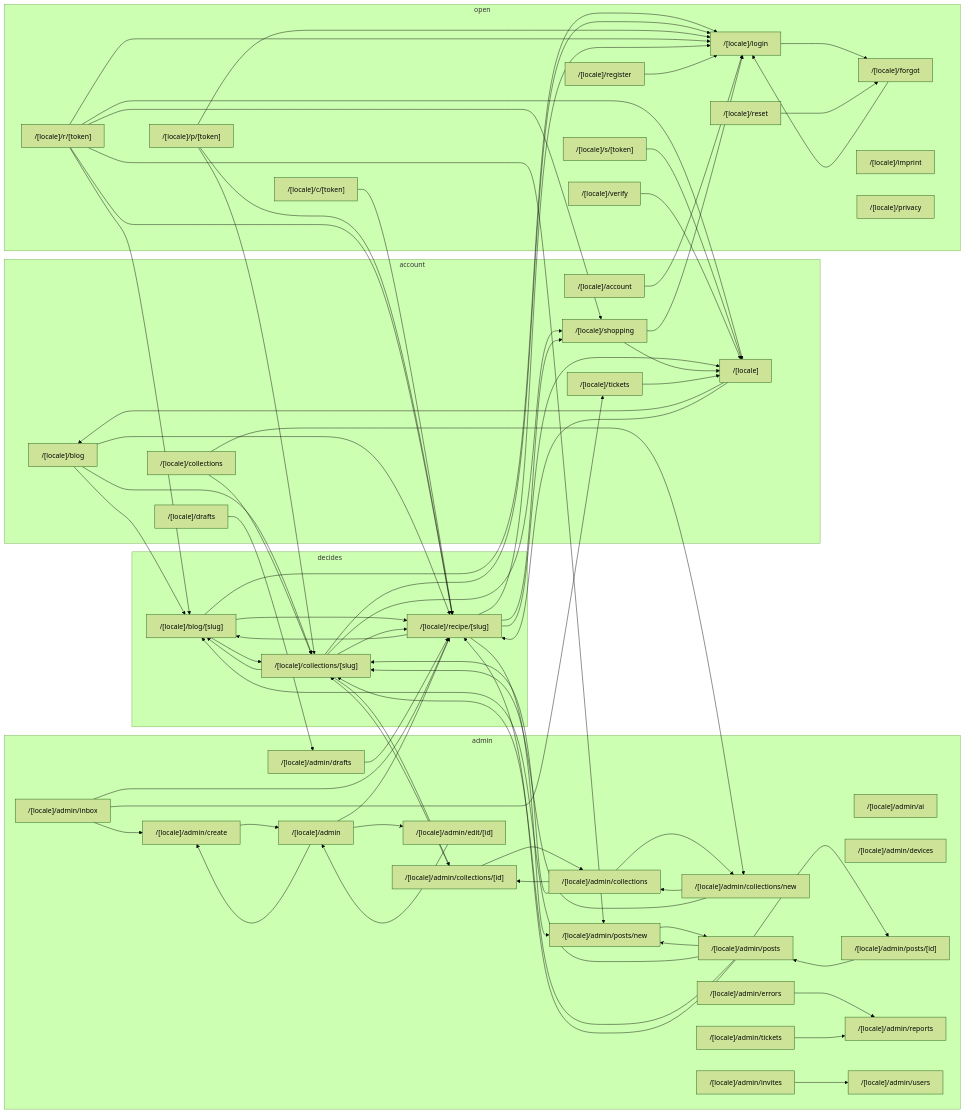
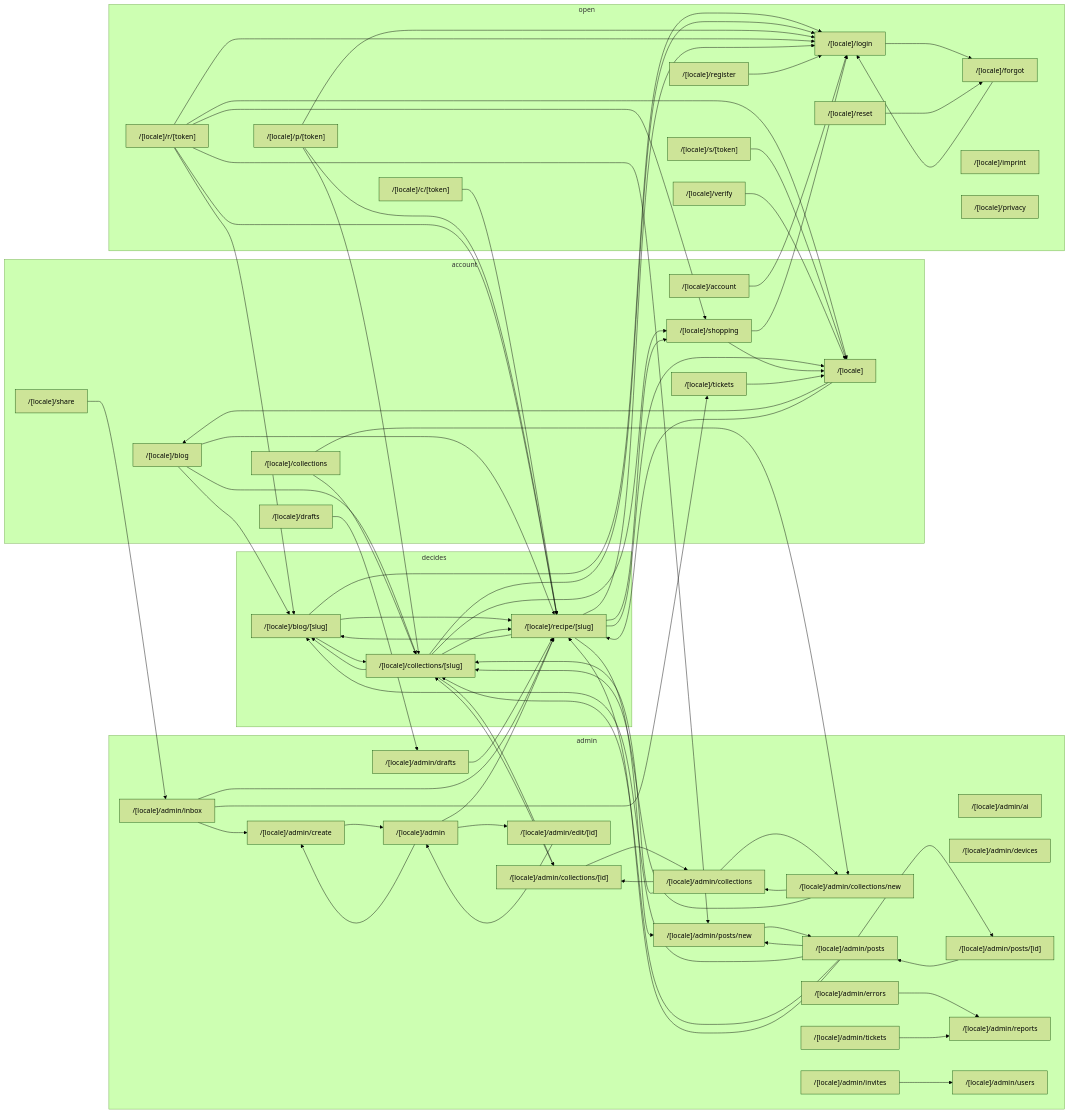
One commit to morischumacher/moscookbook changed the first of 2 diagrams in docs/interaction-map.generated.md. Above: the diagram before and after it, drawn with Mermaid (forest theme). The commit also changed other lines of this file and 17 other files, not shown here.

First line of the commit message:
Share into the inbox from any app; keep favourites offline

```diff
--- a/docs/interaction-map.generated.md
+++ b/docs/interaction-map.generated.md
@@ -165,6 +168,7 @@
     n__locale__collections["/[locale]/collections"]
     n__locale__drafts["/[locale]/drafts"]
     n__locale_["/[locale]"]
+    n__locale__share["/[locale]/share"]
     n__locale__shopping["/[locale]/shopping"]
     n__locale__tickets["/[locale]/tickets"]
   end
@@ -269,6 +273,7 @@
   n__locale__register --> n__locale__login
   n__locale__reset --> n__locale__forgot
   n__locale__s__token_ --> n__locale_
+  n__locale__share --> n__locale__admin_inbox
   n__locale__shopping --> n__locale_
   n__locale__shopping --> n__locale__login
   n__locale__tickets --> n__locale_
```
